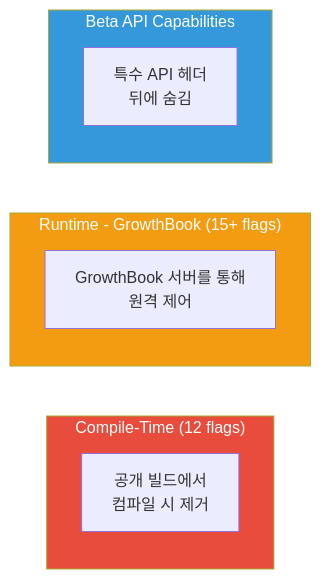
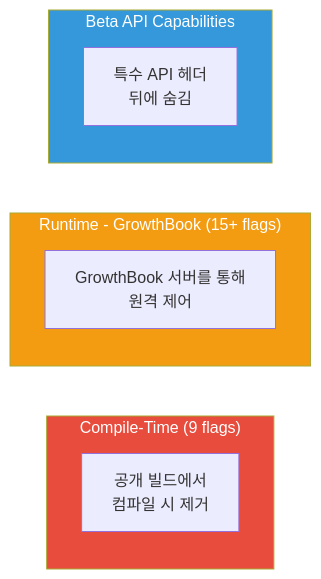
One commit to hi-space/claude-code-unpack-docs changed the first of 2 diagrams in docs/deep/ko/hidden-features/feature-flags.md. Above: the diagram before and after it, drawn with Mermaid. The commit also changed other lines of this file and 36 other files, not shown here.

````diff
--- a/docs/deep/ko/hidden-features/feature-flags.md
+++ b/docs/deep/ko/hidden-features/feature-flags.md
@@ -7,18 +7,18 @@
 ```mermaid
 graph LR
-    subgraph Compile["Compile-Time (12 flags)"]
+    subgraph Compile["Compile-Time (9 flags)"]
         CT[공개 빌드에서<br/>컴파일 시 제거]
     end
 
     subgraph Runtime["Runtime - GrowthBook (15+ flags)"]
         RT[GrowthBook 서버를 통해<br/>원격 제어]
     end
 
     subgraph Beta["Beta API Capabilities"]
         BA[특수 API 헤더<br/>뒤에 숨김]
     end
 
     style Compile fill:#e74c3c,color:#fff
     style Runtime fill:#f39c12,color:#fff
     style Beta fill:#3498db,color:#fff
 ```
````
